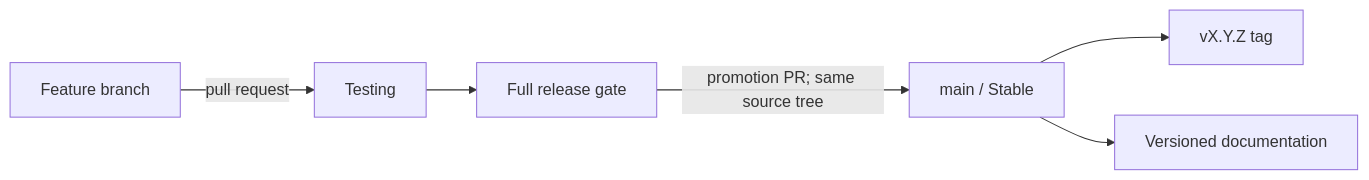
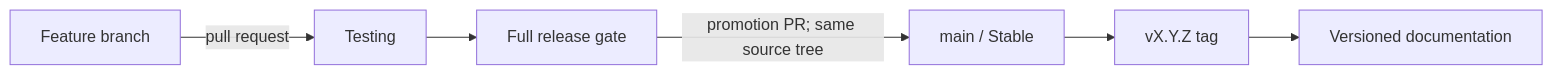
Before and after one commit to ARYDESTROYER/Agentic-Kibana: the diagram in docs/releases/channels.md, drawn with Mermaid. The commit also changed other lines of this file and 169 other files, not shown here.

````diff
--- a/docs/releases/channels.md
+++ b/docs/releases/channels.md
@@ -28,8 +28,8 @@
 ```mermaid
 flowchart LR
   F["Feature branch"] -->|pull request| T["Testing"]
   T --> G["Full release gate"]
   G -->|promotion PR; same source tree| M["main / Stable"]
   M --> V["vX.Y.Z tag"]
-  M --> D["Versioned documentation"]
+  V --> D["Versioned documentation"]
 ```
````
